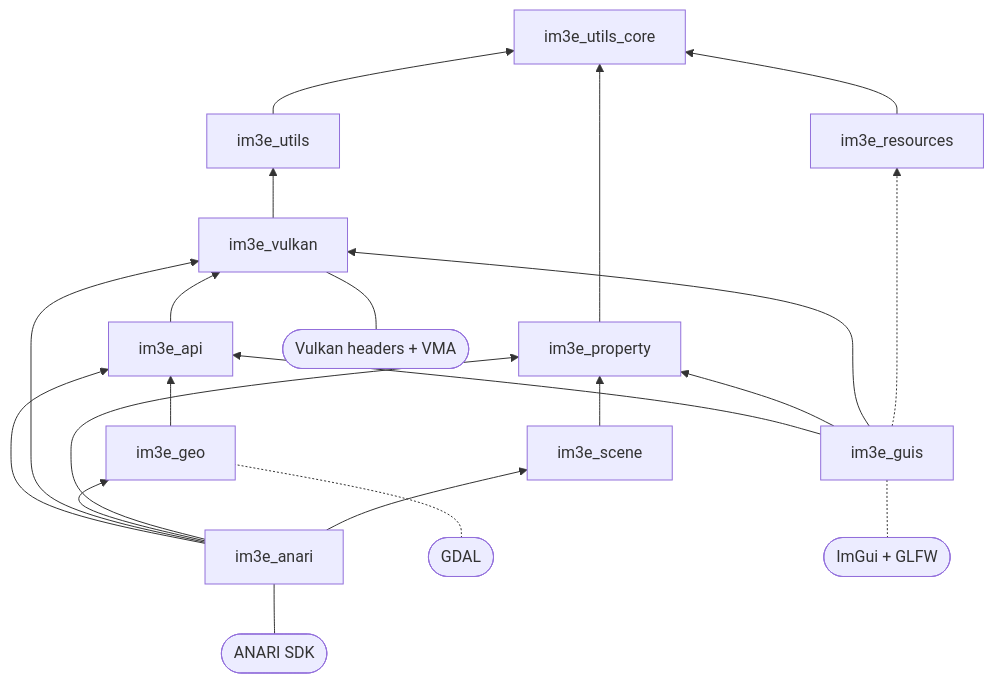
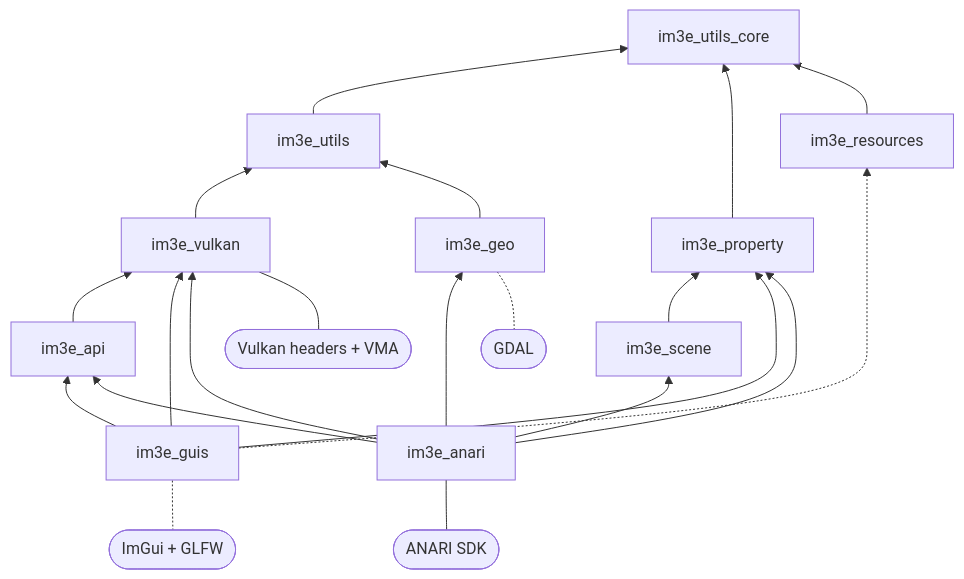
Before and after one commit to lmt-dev-inc/icymoon: the first of 2 diagrams in docs/architecture/index.md, drawn with Mermaid. The commit also changed other lines of this file and 15 other files, not shown here.

First line of the commit message:
#105: Moved height_map from im3e_api to im3e_geo

````diff
--- a/docs/architecture/index.md
+++ b/docs/architecture/index.md
@@ -73,35 +73,35 @@
 ```mermaid
 flowchart BT
     core[im3e_utils_core]
     props[im3e_property]
     utils[im3e_utils]
     api[im3e_api]
     vulkan[im3e_vulkan]
     geo[im3e_geo]
     scene[im3e_scene]
     resources[im3e_resources]
     guis[im3e_guis]
     anari[im3e_anari]
 
     utils --> core
     props --> core
     resources --> core
     vulkan --> utils
     api --> vulkan
-    geo --> api
+    geo --> utils
     scene --> props
     guis --> api
     guis --> props
     guis --> vulkan
     guis -.-> resources
     anari --> api
     anari --> vulkan
     anari --> geo
     anari --> props
     anari --> scene
 
     gdal([GDAL]) -.- geo
     anarisdk([ANARI SDK]) --- anari
     imgui([ImGui + GLFW]) -.- guis
     vk([Vulkan headers + VMA]) --- vulkan
 ```
````
